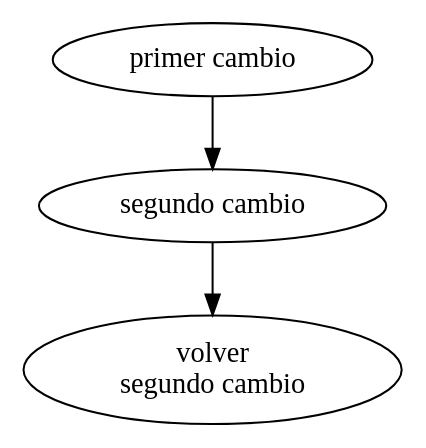
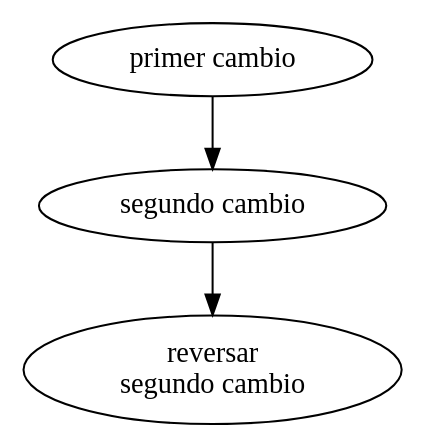
Before and after one commit to paugier/mercurial-book: the diagram in es/undo-simple.dot, drawn with Graphviz. The commit also changed 7 other files, not shown here.

```diff
--- a/es/undo-simple.dot
+++ b/es/undo-simple.dot
@@ -1,4 +1,4 @@
 digraph undo_simple {
 	"primer cambio" -> "segundo cambio";
-	"segundo cambio" -> "volver\nsegundo cambio";
+	"segundo cambio" -> "reversar\nsegundo cambio";
 }
```
